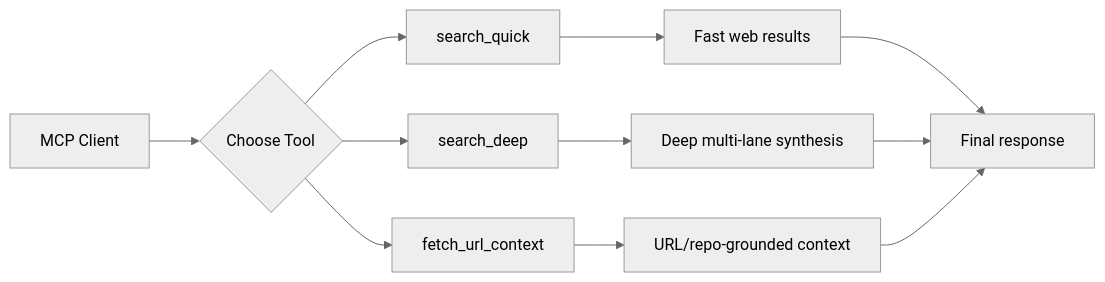
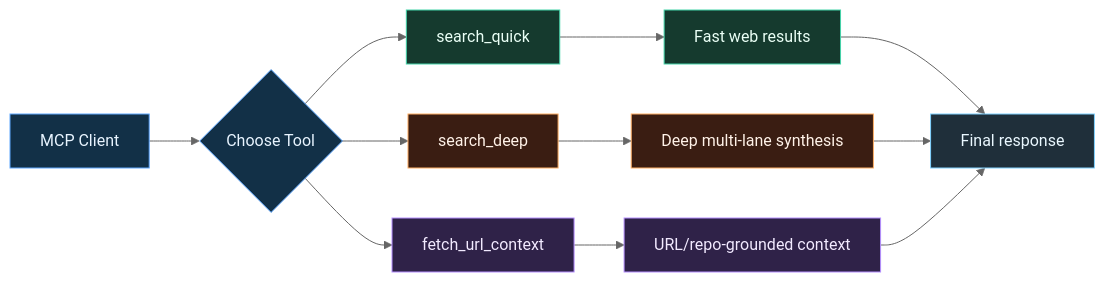
The diagram in node-runtime/README.md (zvspuentus-rgb/Argentic-Search-Lab), drawn with Mermaid (neutral theme) before and after one commit. The commit also changed 1 other file, not shown here.

Commit message:
docs(node-branch): style MCP mermaid workflows to match main visual theme

````diff
--- a/node-runtime/README.md
+++ b/node-runtime/README.md
@@ -41,15 +41,25 @@
 ```mermaid
 flowchart LR
     C["MCP Client"] --> R{"Choose Tool"}
     R --> Q["search_quick"]
     R --> D["search_deep"]
     R --> F["fetch_url_context"]
 
     Q --> QO["Fast web results"]
     D --> DO["Deep multi-lane synthesis"]
     F --> FO["URL/repo-grounded context"]
 
     QO --> O["Final response"]
     DO --> O
     FO --> O
+    classDef entry fill:#123047,stroke:#5fa8ff,color:#e8f4ff,stroke-width:1px;
+    classDef quick fill:#153a2e,stroke:#43d3a8,color:#eafff6,stroke-width:1px;
+    classDef deep fill:#3a1d12,stroke:#ffb067,color:#fff2e8,stroke-width:1px;
+    classDef url fill:#2f2248,stroke:#b690ff,color:#f2eaff,stroke-width:1px;
+    classDef output fill:#1f2f3a,stroke:#7fd1ff,color:#eaf8ff,stroke-width:1px;
+    class C,R entry;
+    class Q,QO quick;
+    class D,DO deep;
+    class F,FO url;
+    class O output;
 ```
````
